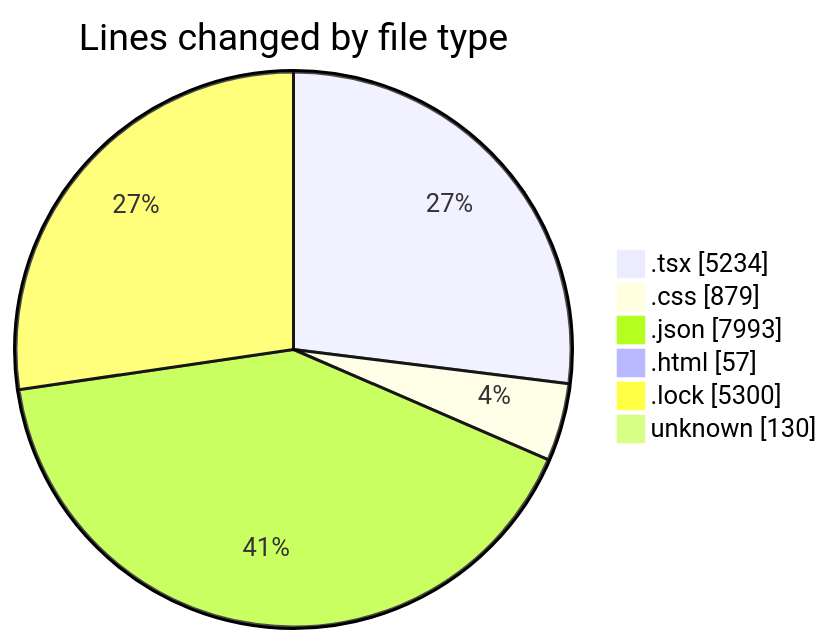
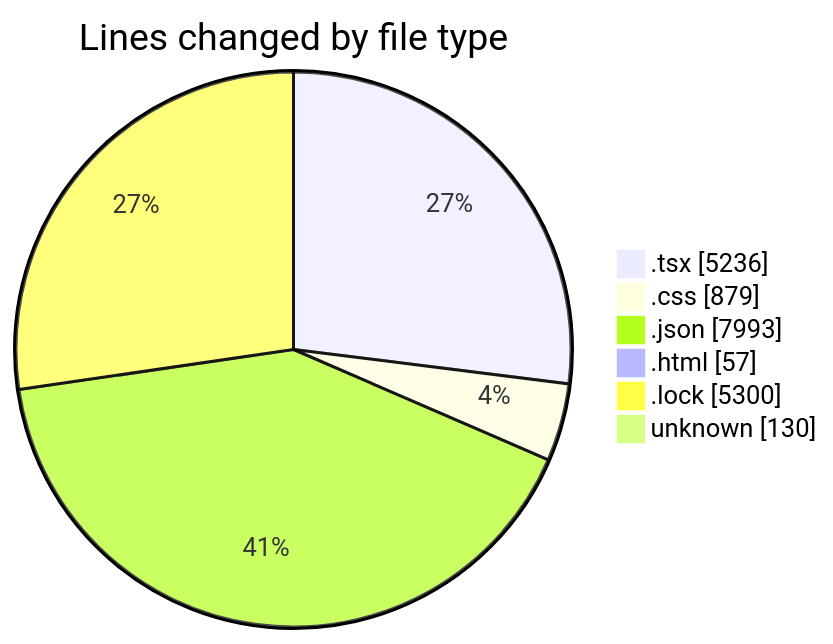
One commit to EIIisD/code-tracking changed the first of 2 diagrams in 2025-08-12/ribbon/README.md. Above: the diagram before and after it, drawn with Mermaid. The commit also changed other lines of this file and 1 other file, not shown here.

````diff
--- a/2025-08-12/ribbon/README.md
+++ b/2025-08-12/ribbon/README.md
@@ -44,10 +44,10 @@
 ```mermaid
 pie showData
 title Lines changed by file type
-".tsx" : 5234
+".tsx" : 5236
 ".css" : 879
 ".json" : 7993
 ".html" : 57
 ".lock" : 5300
 "unknown" : 130
 ```
````
